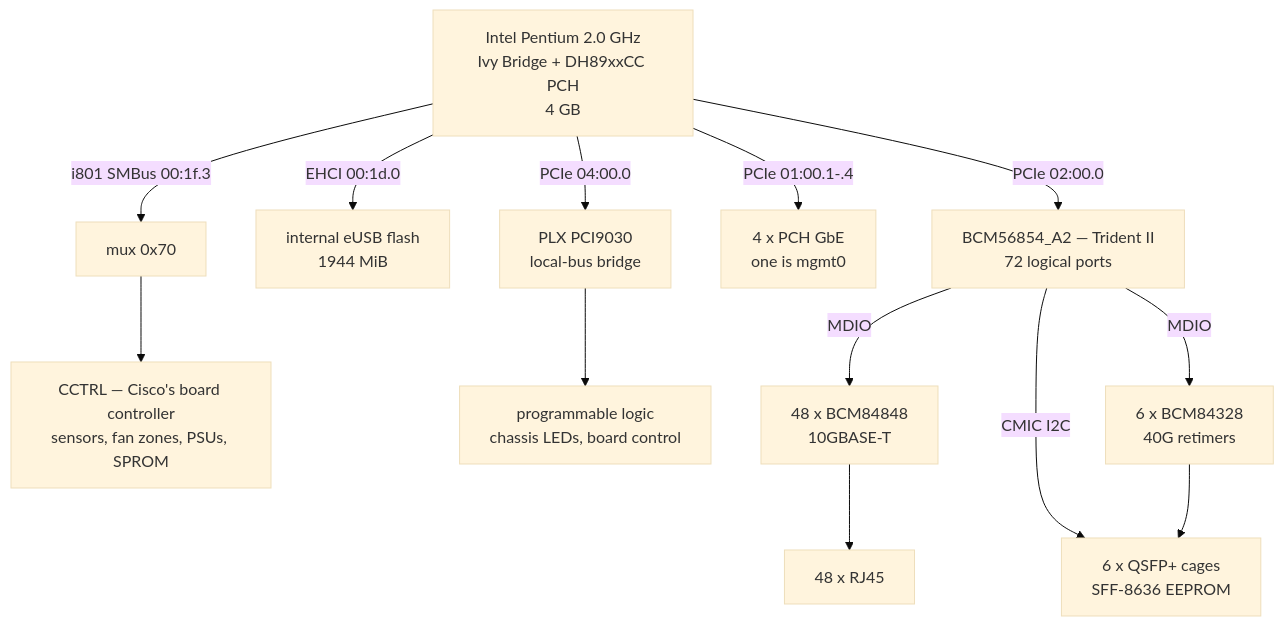
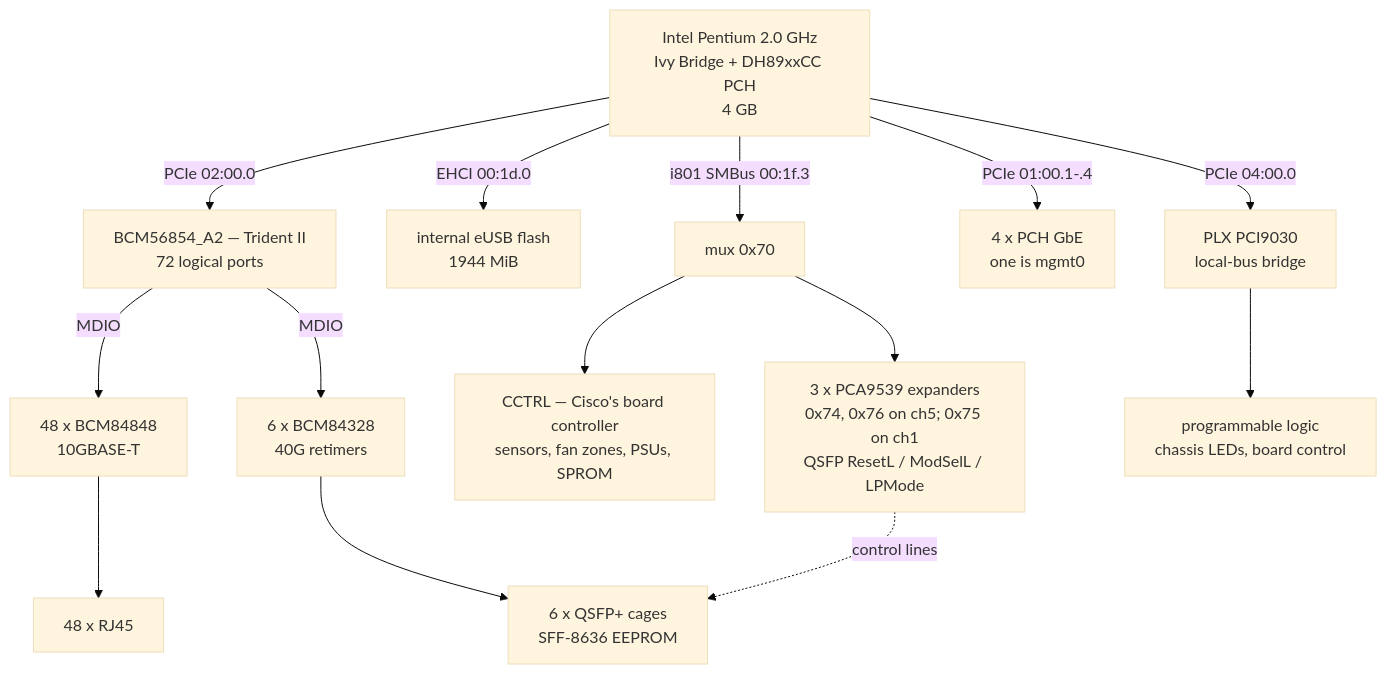
One commit to Salvaged-silicon/nosaic-switch changed the first of 3 diagrams in platform/cisco-n3172tq/docs/hardware.md. Above: the diagram before and after it, drawn with Mermaid (base theme). The commit also changed other lines of this file and 3 other files, not shown here.

````diff
--- a/platform/cisco-n3172tq/docs/hardware.md
+++ b/platform/cisco-n3172tq/docs/hardware.md
@@ -29,20 +29,22 @@
 ```mermaid
 graph TD
     CPU["Intel Pentium 2.0 GHz<br/>Ivy Bridge + DH89xxCC PCH<br/>4 GB"]
 
     CPU -->|PCIe 02:00.0| ASIC["BCM56854_A2 — Trident II<br/>72 logical ports"]
     CPU -->|EHCI 00:1d.0| FLASH["internal eUSB flash<br/>1944 MiB"]
     CPU -->|"i801 SMBus 00:1f.3"| MUX["mux 0x70"]
     CPU -->|PCIe 01:00.1-.4| NIC["4 x PCH GbE<br/>one is mgmt0"]
     CPU -->|"PCIe 04:00.0"| PLX["PLX PCI9030<br/>local-bus bridge"]
 
     MUX --> CCTRL["CCTRL — Cisco's board controller<br/>sensors, fan zones, PSUs, SPROM"]
     PLX --> EPLD["programmable logic<br/>chassis LEDs, board control"]
 
+    MUX --> EXP["3 x PCA9539 expanders<br/>0x74, 0x76 on ch5; 0x75 on ch1<br/>QSFP ResetL / ModSelL / LPMode"]
+
     ASIC -->|MDIO| PHY48["48 x BCM84848<br/>10GBASE-T"]
     ASIC -->|MDIO| PHY6["6 x BCM84328<br/>40G retimers"]
-    ASIC -->|"CMIC I2C"| CAGE["6 x QSFP+ cages<br/>SFF-8636 EEPROM"]
 
     PHY48 --> RJ["48 x RJ45"]
-    PHY6 --> CAGE
+    PHY6 --> CAGE["6 x QSFP+ cages<br/>SFF-8636 EEPROM"]
+    EXP -.->|control lines| CAGE
 ```
````
